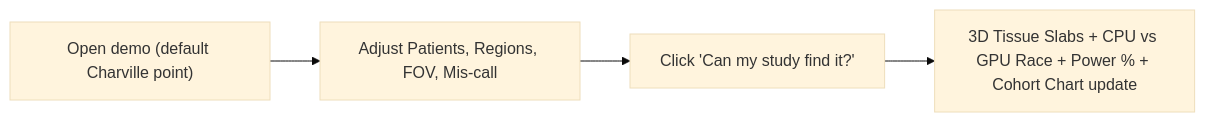
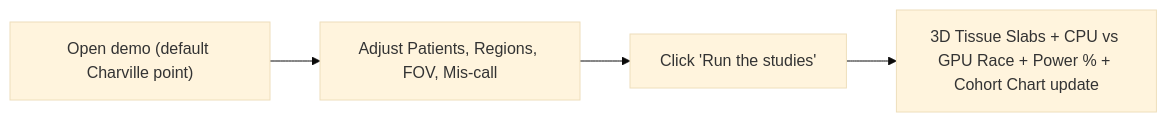
One commit to atiladeokegab/biopsy-scan changed the diagram in docs/design.md. Above: the diagram before and after it, drawn with Mermaid (base theme). The commit also changed other lines of this file and 3 other files, not shown here.

Commit message:
docs: call it the Preflight demo; the CTA is Run the studies (#7)

````diff
--- a/docs/design.md
+++ b/docs/design.md
@@ -42,6 +42,6 @@
 ```mermaid
 flowchart LR
     A["Open demo (default Charville point)"] --> B["Adjust Patients, Regions, FOV, Mis-call"]
-    B --> C["Click 'Can my study find it?'"]
+    B --> C["Click 'Run the studies'"]
     C --> D["3D Tissue Slabs + CPU vs GPU Race + Power % + Cohort Chart update"]
 ```
````
